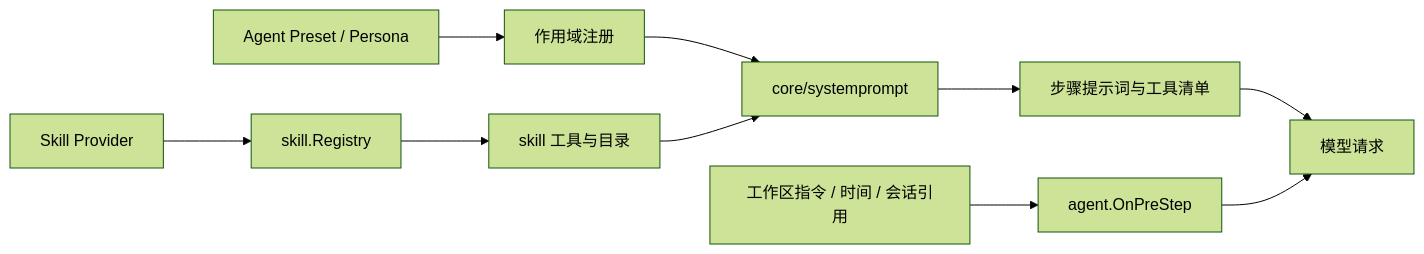
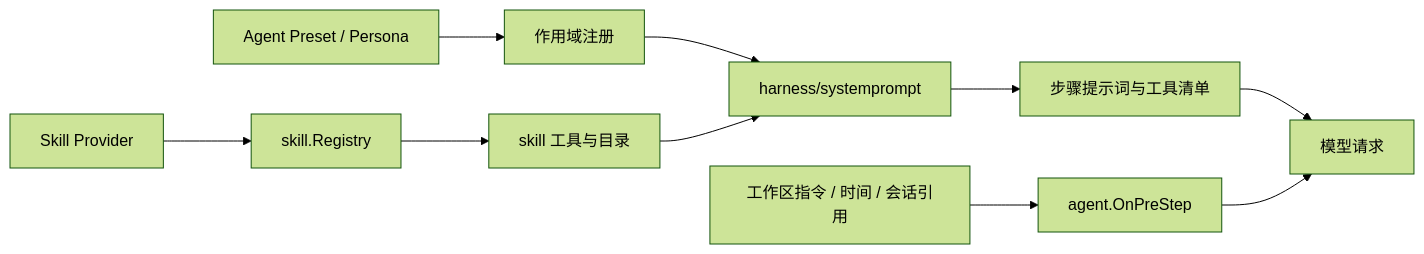
The diagram in docs/modules/skill.md (snight1983/ds-harness-go), drawn with Mermaid (forest theme) before and after one commit. The commit also changed other lines of this file and 1281 other files, not shown here.

````diff
--- a/docs/modules/skill.md
+++ b/docs/modules/skill.md
@@ -11,12 +11,12 @@
 ```mermaid
 flowchart LR
     Providers["Skill Provider"] --> SkillRegistry["skill.Registry"]
     Presets["Agent Preset / Persona"] --> Scope["作用域注册"]
     SkillRegistry --> SkillTool["skill 工具与目录"]
-    Scope --> Prompt["core/systemprompt"]
+    Scope --> Prompt["harness/systemprompt"]
     SkillTool --> Prompt
     Prompt --> Assembly["步骤提示词与工具清单"]
     Assembly --> Model["模型请求"]
     Context["工作区指令 / 时间 / 会话引用"] --> PreStep["agent.OnPreStep"]
     PreStep --> Model
 ```
````
